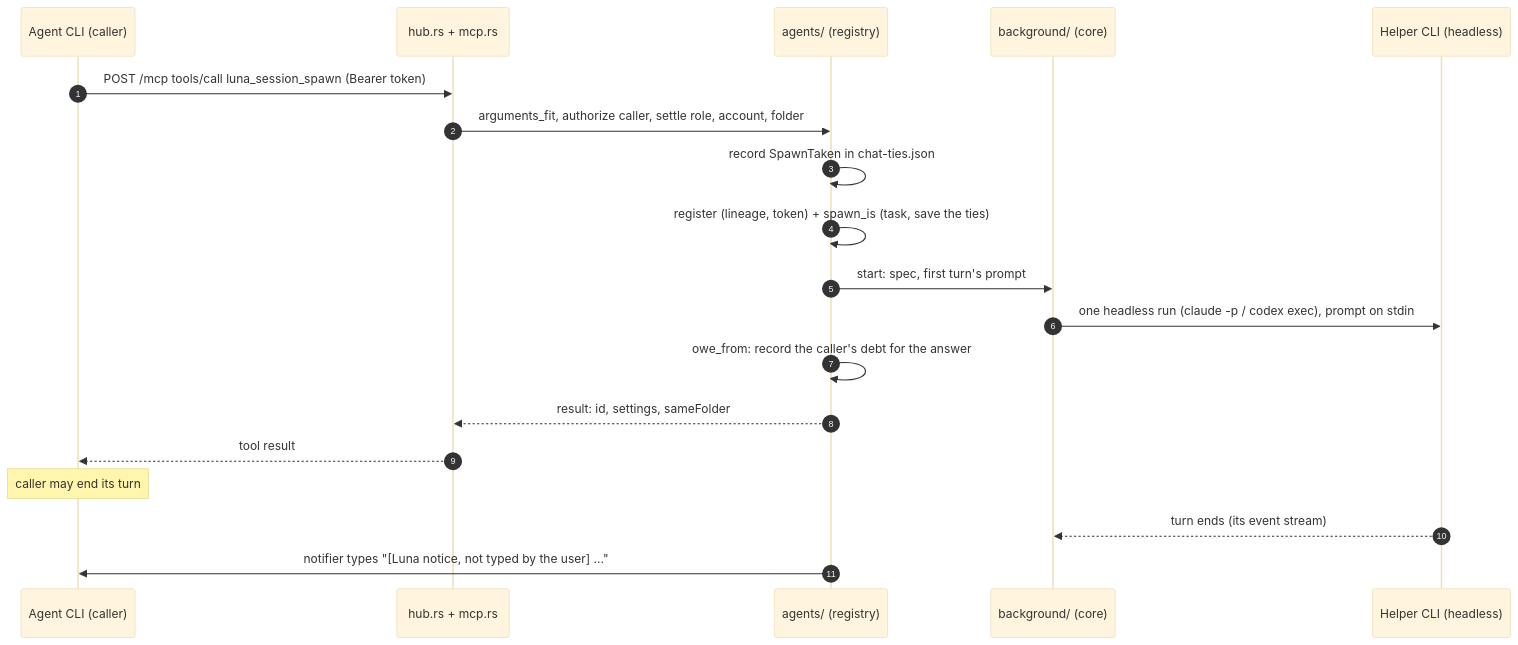
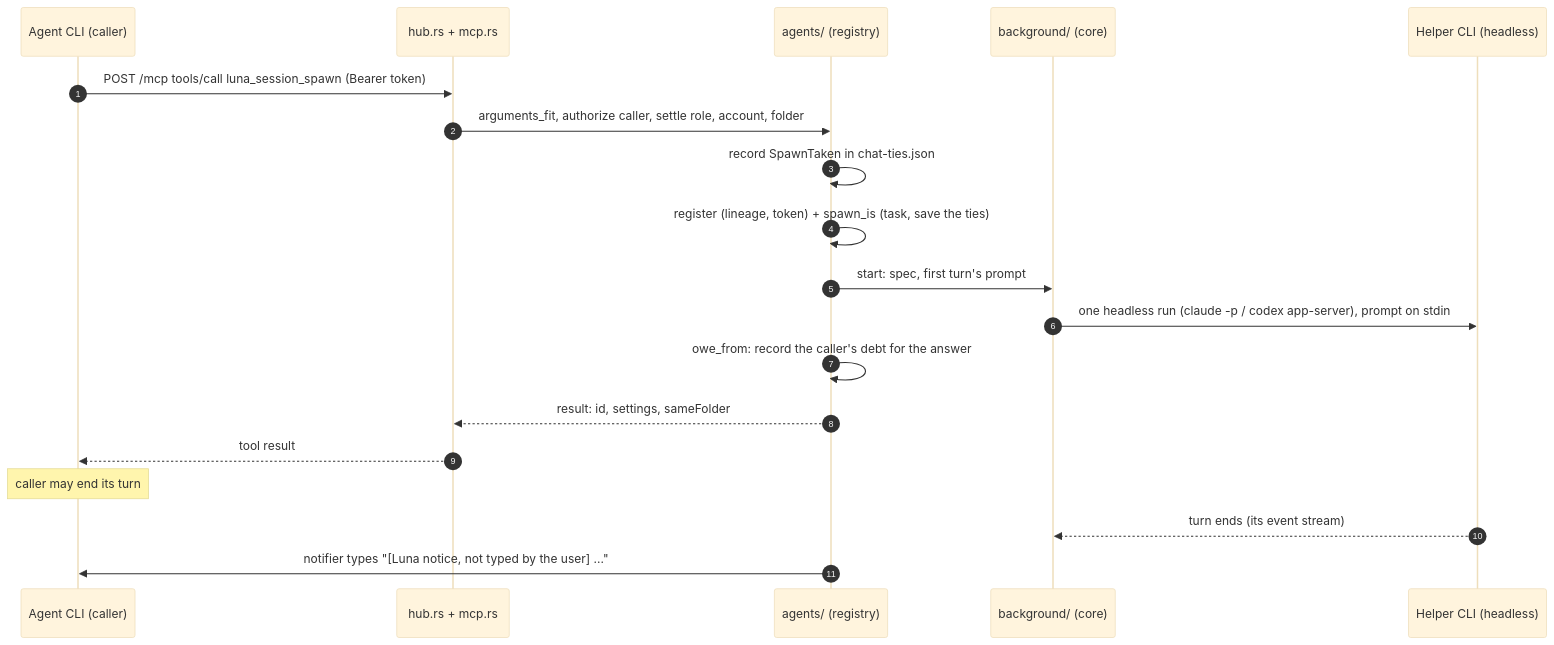
Before and after one commit to nrubinmosin/luna: the second of 3 diagrams in docs/architecture/overview.md, drawn with Mermaid (base theme). The commit also changed other lines of this file and 52 other files, not shown here.

First line of the commit message:
Codex helpers run each turn on codex app-server

````diff
--- a/docs/architecture/overview.md
+++ b/docs/architecture/overview.md
@@ -117,22 +117,22 @@
 ```mermaid
 sequenceDiagram
   autonumber
   participant A as Agent CLI (caller)
   participant H as hub.rs + mcp.rs
   participant R as agents/ (registry)
   participant B as background/ (core)
   participant S as Helper CLI (headless)
 
   A->>H: POST /mcp tools/call luna_session_spawn (Bearer token)
   H->>R: arguments_fit, authorize caller, settle role, account, folder
   R->>R: record SpawnTaken in chat-ties.json
   R->>R: register (lineage, token) + spawn_is (task, save the ties)
   R->>B: start: spec, first turn's prompt
-  B->>S: one headless run (claude -p / codex exec), prompt on stdin
+  B->>S: one headless run (claude -p / codex app-server), prompt on stdin
   R->>R: owe_from: record the caller's debt for the answer
   R-->>H: result: id, settings, sameFolder
   H-->>A: tool result
   Note over A: caller may end its turn
   S-->>B: turn ends (its event stream)
   R->>A: notifier types "[Luna notice, not typed by the user] ..."
 ```
````
